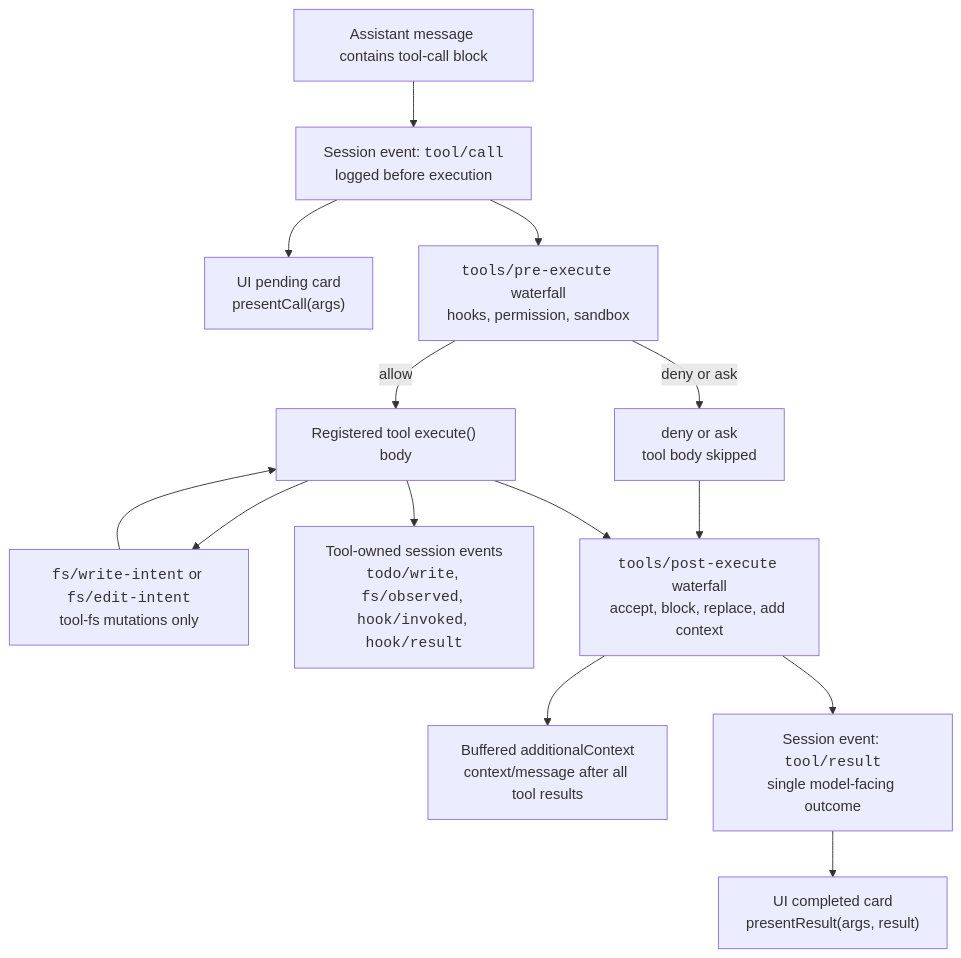
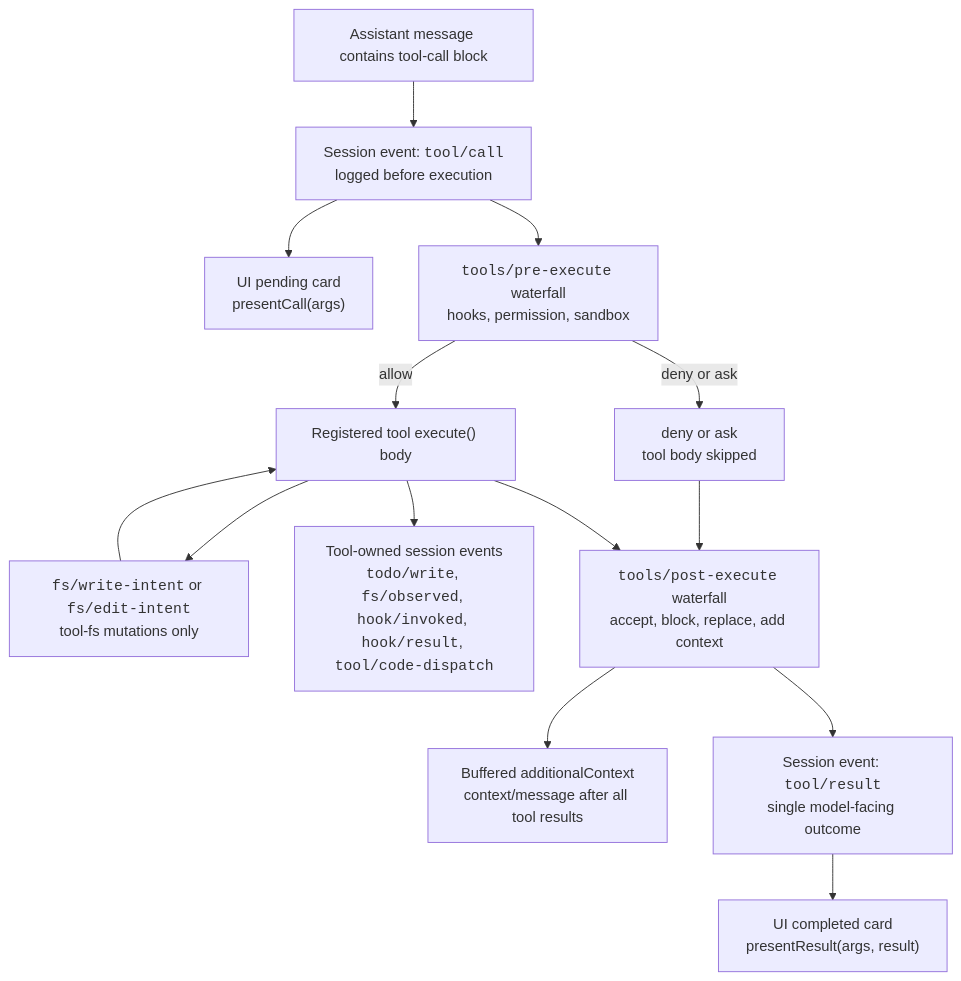
The diagram in docs/tool-execution-pipeline.md (007M7/DeepCode), drawn with Mermaid before and after one commit. The commit also changed other lines of this file and 55 other files, not shown here.

````diff
--- a/docs/tool-execution-pipeline.md
+++ b/docs/tool-execution-pipeline.md
@@ -8,28 +8,28 @@
 ```mermaid
 flowchart TD
   model["Assistant message contains tool-call block"]
   toolCall["Session event: <code>tool/call</code><br/>logged before execution"]
   presentCall["UI pending card<br/>presentCall(args)"]
   pre["<code>tools/pre-execute</code> waterfall<br/>hooks, permission, sandbox"]
   denied["deny or ask<br/>tool body skipped"]
   toolBody["Registered tool execute() body"]
   fsGate["<code>fs/write-intent</code> or <code>fs/edit-intent</code><br/>tool-fs mutations only"]
-  owned["Tool-owned session events<br/><code>todo/write</code>, <code>fs/observed</code>, <code>hook/invoked</code>, <code>hook/result</code>"]
+  owned["Tool-owned session events<br/><code>todo/write</code>, <code>fs/observed</code>, <code>hook/invoked</code>, <code>hook/result</code>, <code>tool/code-dispatch</code>"]
   post["<code>tools/post-execute</code> waterfall<br/>accept, block, replace, add context"]
   context["Buffered additionalContext<br/>context/message after all tool results"]
   toolResult["Session event: <code>tool/result</code><br/>single model-facing outcome"]
   presentResult["UI completed card<br/>presentResult(args, result)"]
   model --> toolCall
   toolCall --> presentCall
   toolCall --> pre
   pre -->|allow| toolBody
   pre -->|deny or ask| denied
   denied --> post
   toolBody --> fsGate
   fsGate --> toolBody
   toolBody --> owned
   toolBody --> post
   post --> context
   post --> toolResult
   toolResult --> presentResult
 ```
````
